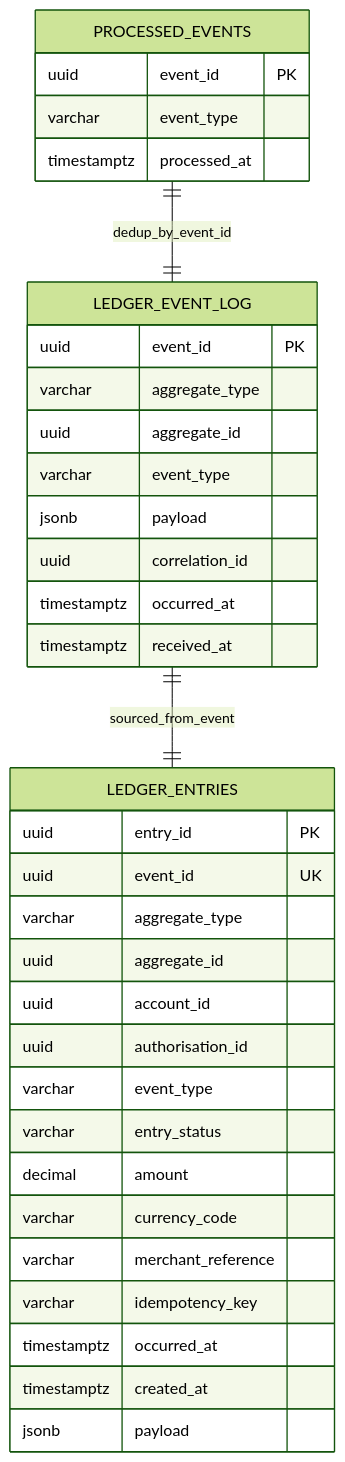
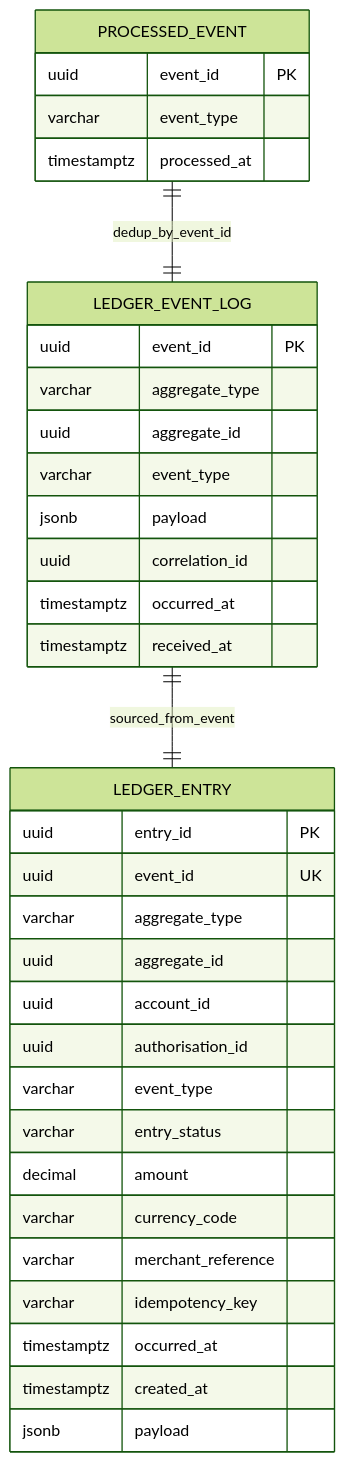
One commit to ShirongQuan/payment-platform changed the diagram in docs/data/ledger-er-diagram.mmd. Above: the diagram before and after it, drawn with Mermaid (forest theme). The commit also changed 56 other files, not shown here.

```diff
--- a/docs/data/ledger-er-diagram.mmd
+++ b/docs/data/ledger-er-diagram.mmd
@@ -1,38 +1,38 @@
 erDiagram
-	LEDGER_ENTRIES {
-		uuid entry_id PK
-		uuid event_id UK
-		varchar aggregate_type
-		uuid aggregate_id
-		uuid account_id
-		uuid authorisation_id
-		varchar event_type
-		varchar entry_status
-		decimal amount
-		varchar currency_code
-		varchar merchant_reference
-		varchar idempotency_key
-		timestamptz occurred_at
-		timestamptz created_at
-		jsonb payload
-	}
+    LEDGER_ENTRY {
+        uuid entry_id PK
+        uuid event_id UK
+        varchar aggregate_type
+        uuid aggregate_id
+        uuid account_id
+        uuid authorisation_id
+        varchar event_type
+        varchar entry_status
+        decimal amount
+        varchar currency_code
+        varchar merchant_reference
+        varchar idempotency_key
+        timestamptz occurred_at
+        timestamptz created_at
+        jsonb payload
+    }
 
-	LEDGER_EVENT_LOG {
-		uuid event_id PK
-		varchar aggregate_type
-		uuid aggregate_id
-		varchar event_type
-		jsonb payload
-		uuid correlation_id
-		timestamptz occurred_at
-		timestamptz received_at
-	}
+    LEDGER_EVENT_LOG {
+        uuid event_id PK
+        varchar aggregate_type
+        uuid aggregate_id
+        varchar event_type
+        jsonb payload
+        uuid correlation_id
+        timestamptz occurred_at
+        timestamptz received_at
+    }
 
-	PROCESSED_EVENTS {
-		uuid event_id PK
-		varchar event_type
-		timestamptz processed_at
-	}
+    PROCESSED_EVENT {
+        uuid event_id PK
+        varchar event_type
+        timestamptz processed_at
+    }
 
-	PROCESSED_EVENTS ||--|| LEDGER_EVENT_LOG : dedup_by_event_id
-	LEDGER_EVENT_LOG ||--|| LEDGER_ENTRIES : sourced_from_event
+    PROCESSED_EVENT ||--|| LEDGER_EVENT_LOG: dedup_by_event_id
+    LEDGER_EVENT_LOG ||--|| LEDGER_ENTRY: sourced_from_event
```
